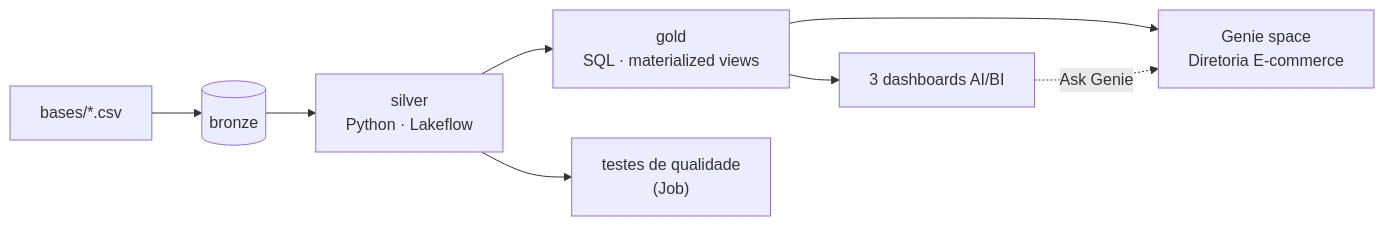
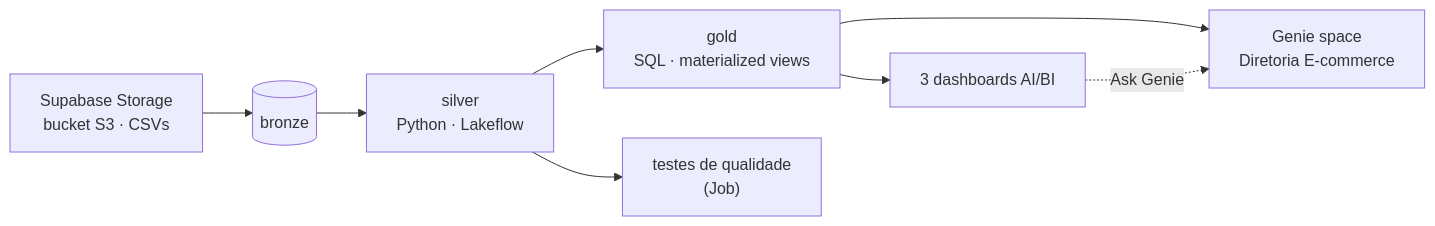
One commit to lfesouza/databricks_project_01 changed the diagram in README.md. Above: the diagram before and after it, drawn with Mermaid. The commit also changed other lines of this file, not shown here.

Commit message:
README: bronze vem de um bucket S3 no Supabase Storage

````diff
--- a/README.md
+++ b/README.md
@@ -8,10 +8,10 @@
 ```mermaid
 flowchart LR
-    CSV["bases/*.csv"] --> B[("bronze")]
+    SB["Supabase Storage<br/>bucket S3 · CSVs"] --> B[("bronze")]
     B --> S["silver<br/>Python · Lakeflow"]
     S --> G["gold<br/>SQL · materialized views"]
     G --> D["3 dashboards AI/BI"]
     G --> GN["Genie space<br/>Diretoria E-commerce"]
     S --> T["testes de qualidade<br/>(Job)"]
     D -. Ask Genie .-> GN
 ```
````
